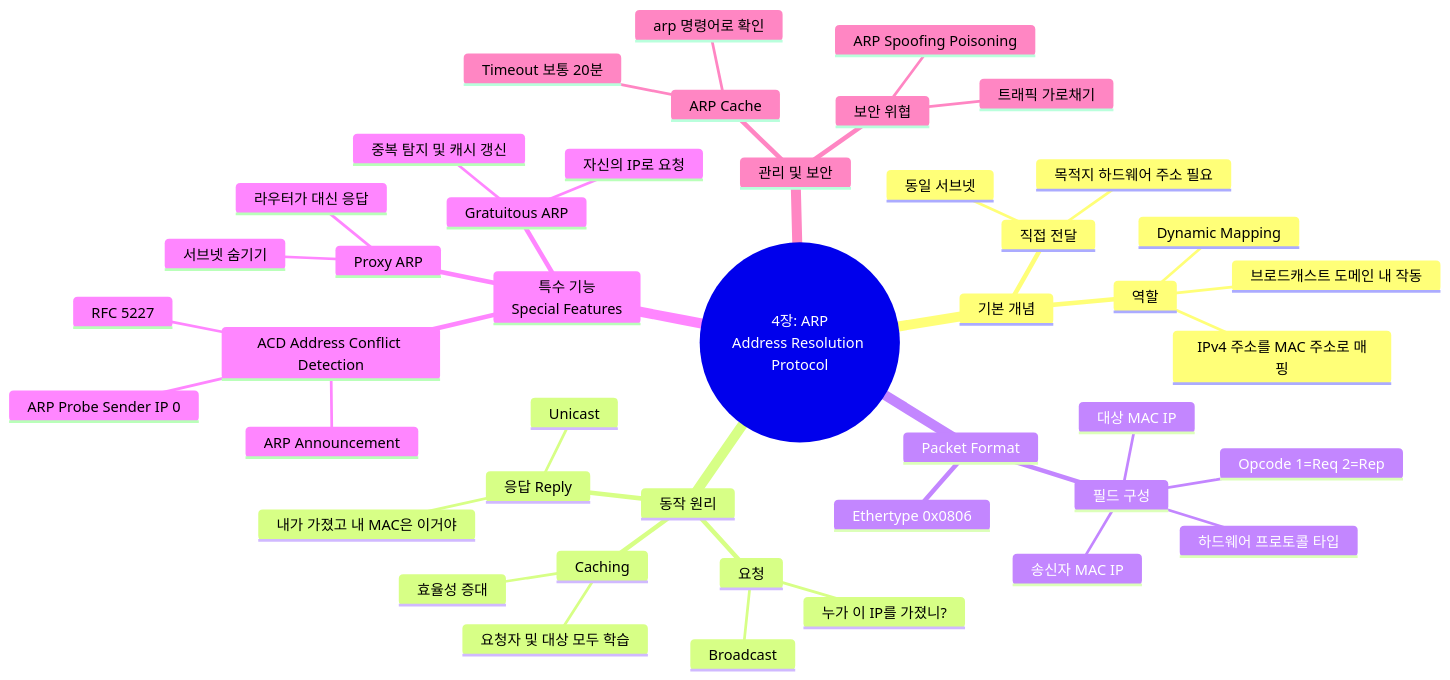
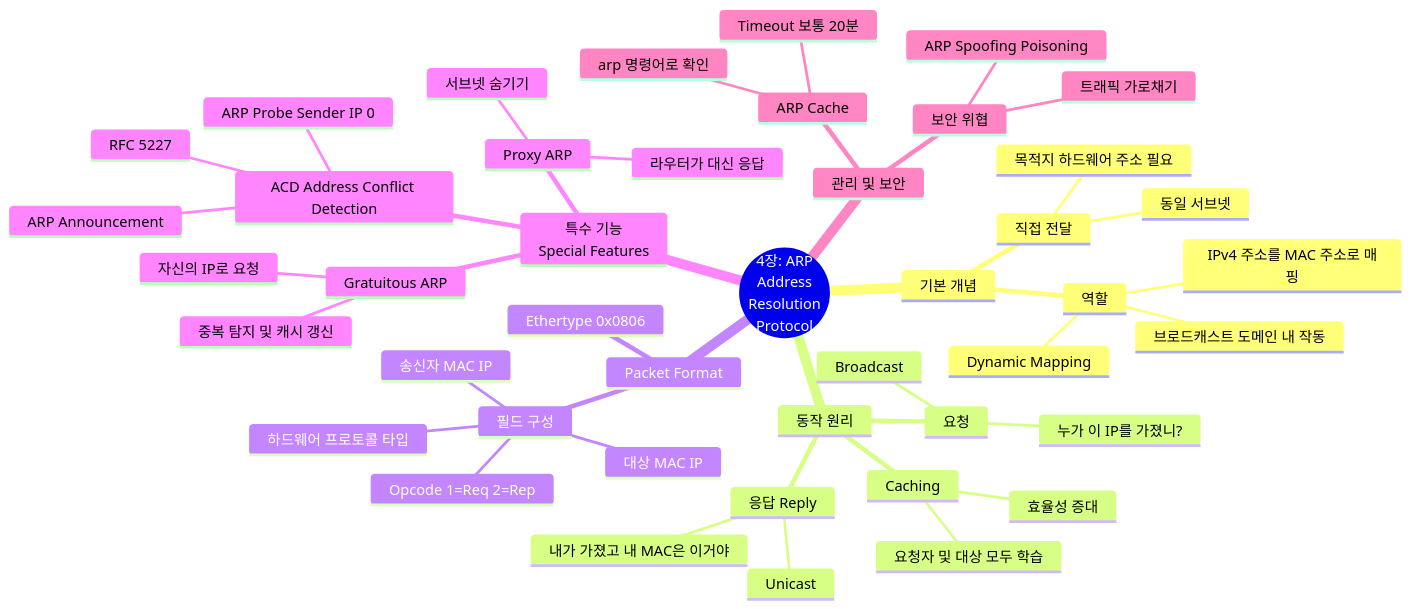
The diagram in 01_inbox/books/tcp_ip_illustrated_1/chapter4.md (youngmin-gwon/what-i-studied), drawn with Mermaid before and after one commit. The commit also changed other lines of this file and 10 other files, not shown here.

````diff
--- a/01_inbox/books/tcp_ip_illustrated_1/chapter4.md
+++ b/01_inbox/books/tcp_ip_illustrated_1/chapter4.md
@@ -15,47 +15,47 @@
 ```mermaid
 mindmap
-  root((4장: ARP<br>Address Resolution Protocol))
+  root((4장: ARP<br>Address<br>Resolution<br>Protocol))
     기본 개념
       역할
         IPv4 주소를 MAC 주소로 매핑
         Dynamic Mapping
         브로드캐스트 도메인 내 작동
       직접 전달
         동일 서브넷
         목적지 하드웨어 주소 필요
     동작 원리
       요청
         Broadcast
         누가 이 IP를 가졌니?
       응답 Reply
         Unicast
         내가 가졌고 내 MAC은 이거야
       Caching
         효율성 증대
         요청자 및 대상 모두 학습
     Packet Format
       Ethertype 0x0806
       필드 구성
         하드웨어 프로토콜 타입
         Opcode 1=Req 2=Rep
         송신자 MAC IP
         대상 MAC IP
     특수 기능<br>Special Features
       Proxy ARP
         라우터가 대신 응답
         서브넷 숨기기
       Gratuitous ARP
         자신의 IP로 요청
         중복 탐지 및 캐시 갱신
       ACD Address Conflict Detection
         RFC 5227
         ARP Probe Sender IP 0
         ARP Announcement
     관리 및 보안
       ARP Cache
         arp 명령어로 확인
         Timeout 보통 20분
       보안 위협
         ARP Spoofing Poisoning
         트래픽 가로채기
 ```
````
